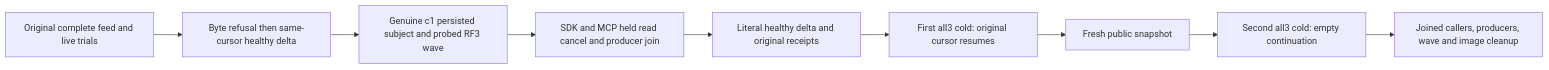
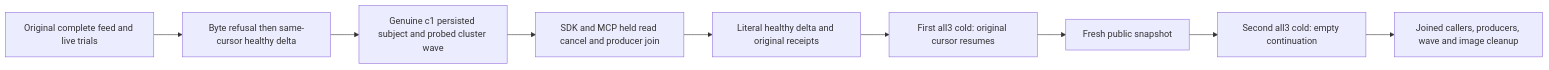
Before and after one commit to managedcode/KeyLoad: the diagram in docs/Features/ChangeFeeds/PublicLiveReadLifecycle.md, drawn with Mermaid. The commit also changed other lines of this file and 7356 other files, not shown here.

````diff
--- a/docs/Features/ChangeFeeds/PublicLiveReadLifecycle.md
+++ b/docs/Features/ChangeFeeds/PublicLiveReadLifecycle.md
@@ -15,11 +15,11 @@
 ```mermaid
 flowchart LR
  O[Original complete feed and live trials] --> B[Byte refusal then same-cursor healthy delta]
- B --> S[Genuine c1 persisted subject and probed RF3 wave]
+ B --> S[Genuine c1 persisted subject and probed cluster wave]
  S --> C[SDK and MCP held read cancel and producer join]
  C --> H[Literal healthy delta and original receipts]
  H --> F[First all3 cold: original cursor resumes]
  F --> N[Fresh public snapshot]
  N --> G[Second all3 cold: empty continuation]
  G --> J[Joined callers, producers, wave and image cleanup]
 ```
````
